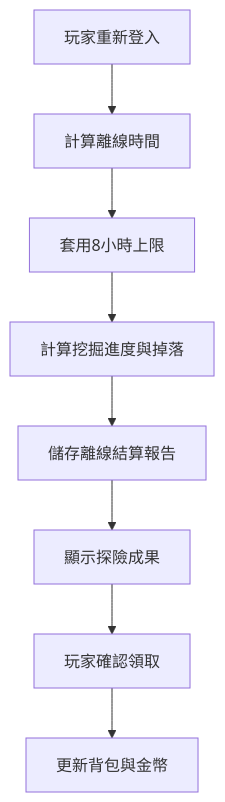
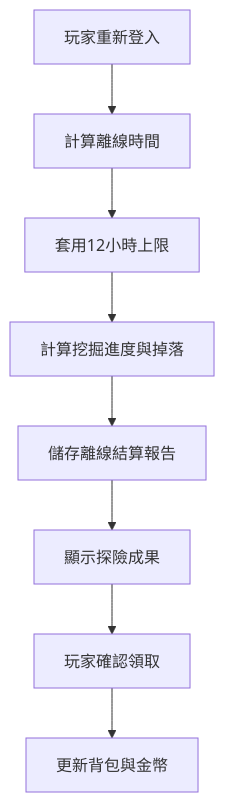
The second of 2 diagrams in docs/GDD.md (JohnsonHuang555/mining-expedition), drawn with Mermaid before and after one commit. The commit also changed other lines of this file and 4 other files, not shown here.

````diff
--- a/docs/GDD.md
+++ b/docs/GDD.md
@@ -325,10 +361,10 @@
 ```mermaid
 flowchart TD
     A[玩家重新登入] --> B[計算離線時間]
-    B --> C[套用8小時上限]
+    B --> C[套用12小時上限]
     C --> D[計算挖掘進度與掉落]
     D --> E[儲存離線結算報告]
     E --> F[顯示探險成果]
     F --> G[玩家確認領取]
     G --> H[更新背包與金幣]
 ```
````
